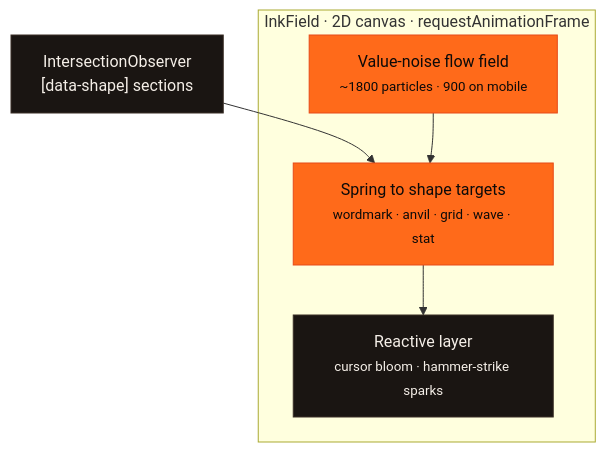
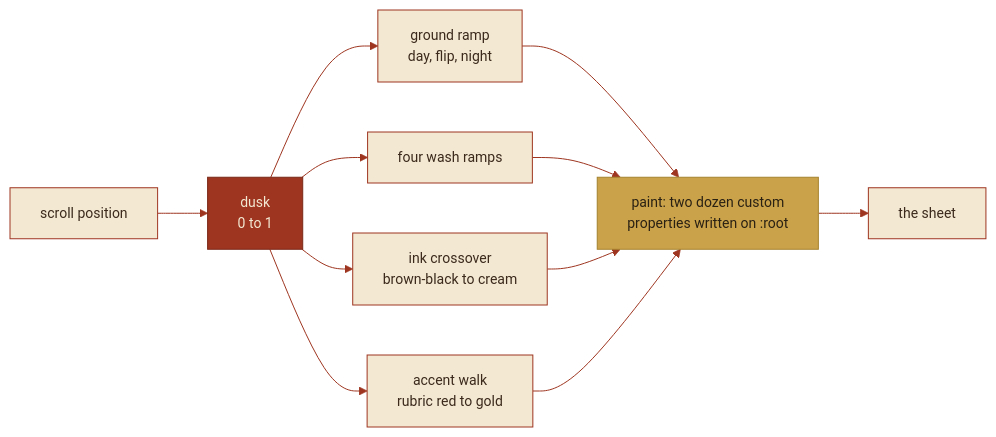
One commit to SaiKasani/Hephaestus-Public changed the first of 3 diagrams in ARCHITECTURE.md. Above: the diagram before and after it, drawn with Mermaid. The commit also changed other lines of this file and 10 other files, not shown here.

````diff
--- a/ARCHITECTURE.md
+++ b/ARCHITECTURE.md
@@ -36,14 +57,18 @@
 ```mermaid
-flowchart TB
-    subgraph Field["InkField · 2D canvas · requestAnimationFrame"]
-        FLOW["Value-noise flow field<br/><small>~1800 particles · 900 on mobile</small>"]
-        SPRING["Spring to shape targets<br/><small>wordmark · anvil · grid · wave · stat</small>"]
-        REACT["Reactive layer<br/><small>cursor bloom · hammer-strike sparks</small>"]
-    end
-    SCROLL["IntersectionObserver<br/>[data-shape] sections"] --> SPRING
-    FLOW --> SPRING --> REACT
-    classDef accent fill:#ff6a1a,stroke:#e64a19,color:#0c0a09;
-    classDef soft fill:#1a1512,stroke:#3a2f27,color:#f5efe8;
-    class FLOW,SPRING accent;
-    class REACT,SCROLL soft;
+%%{init: {"theme":"base","themeVariables":{"primaryColor":"#F3E8D2","primaryTextColor":"#3B2A1C","primaryBorderColor":"#9E3520","lineColor":"#9E3520","secondaryColor":"#EFE3CC","tertiaryColor":"#F6F0E1","fontFamily":"ui-serif, Georgia, serif","fontSize":"14px"}}}%%
+flowchart LR
+  S["scroll position"] --> D["dusk<br/>0 to 1"]
+  D --> G["ground ramp<br/>day, flip, night"]
+  D --> W["four wash ramps"]
+  D --> I["ink crossover<br/>brown-black to cream"]
+  D --> A["accent walk<br/>rubric red to gold"]
+  G --> P["paint: two dozen custom<br/>properties written on :root"]
+  W --> P
+  I --> P
+  A --> P
+  P --> R["the sheet"]
+  classDef hot fill:#9E3520,stroke:#7A2717,color:#F3E8D2;
+  classDef gold fill:#C9A24A,stroke:#A5822F,color:#2B2113;
+  class D hot;
+  class P gold;
 ```
````
